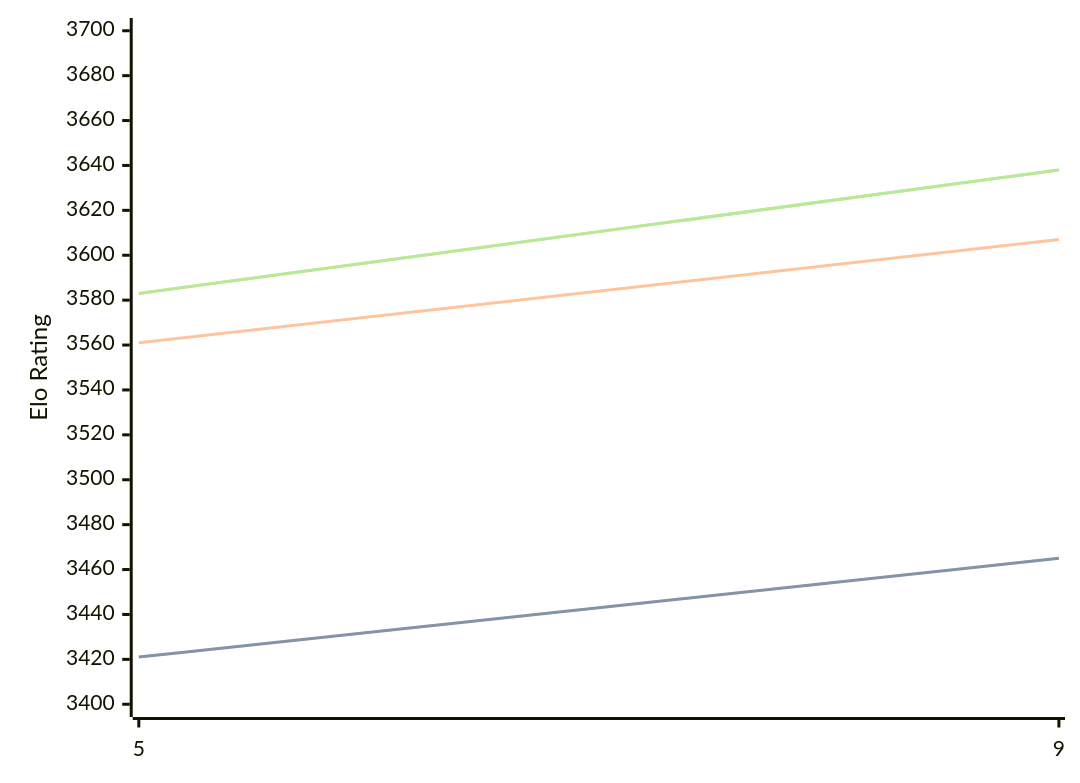
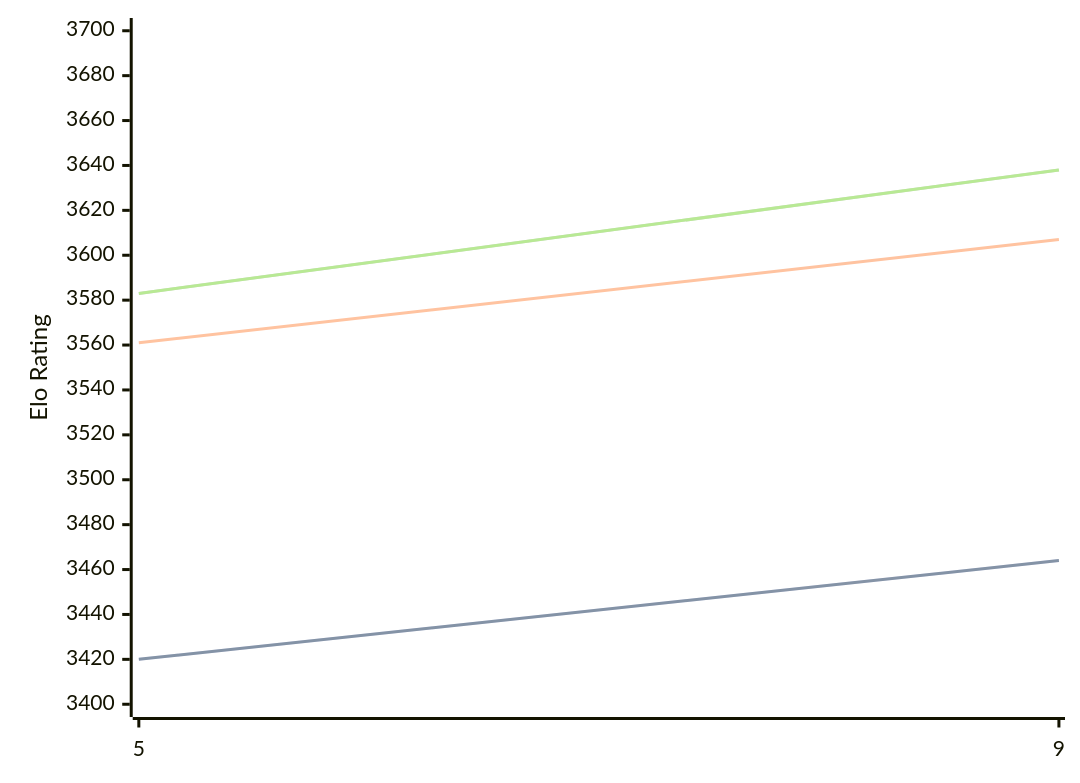
The diagram in engines/Crystal.md (computer-chess-index/cci), drawn with Mermaid before and after one commit. The commit also changed other lines of this file, not shown here.

````diff
--- a/engines/Crystal.md
+++ b/engines/Crystal.md
@@ -58,11 +58,11 @@
 ```mermaid
 %%{init: {"theme":"base","themeVariables":{"seriesColors:['#a3a3a3','#222221','#faa371']}}}%%
 xychart-beta
   x-axis ["5", "9"]
   y-axis "Elo Rating" 3400 --> 3700
-  line "STC (8.0+0.08s)" [3421, 3465]
-  line "STC (8.0+0.08s)" [3421, 3465]
+  line "STC (8.0+0.08s)" [3420, 3464]
+  line "STC (8.0+0.08s)" [3420, 3464]
   line "LTC (60.0+0.60s)" [3561, 3607]
   line "VLTC (2m24s+1.12s)" [3583, 3638]
   line "VLTC (2m24s+1.12s)" [3583, 3638]
 ```
````
